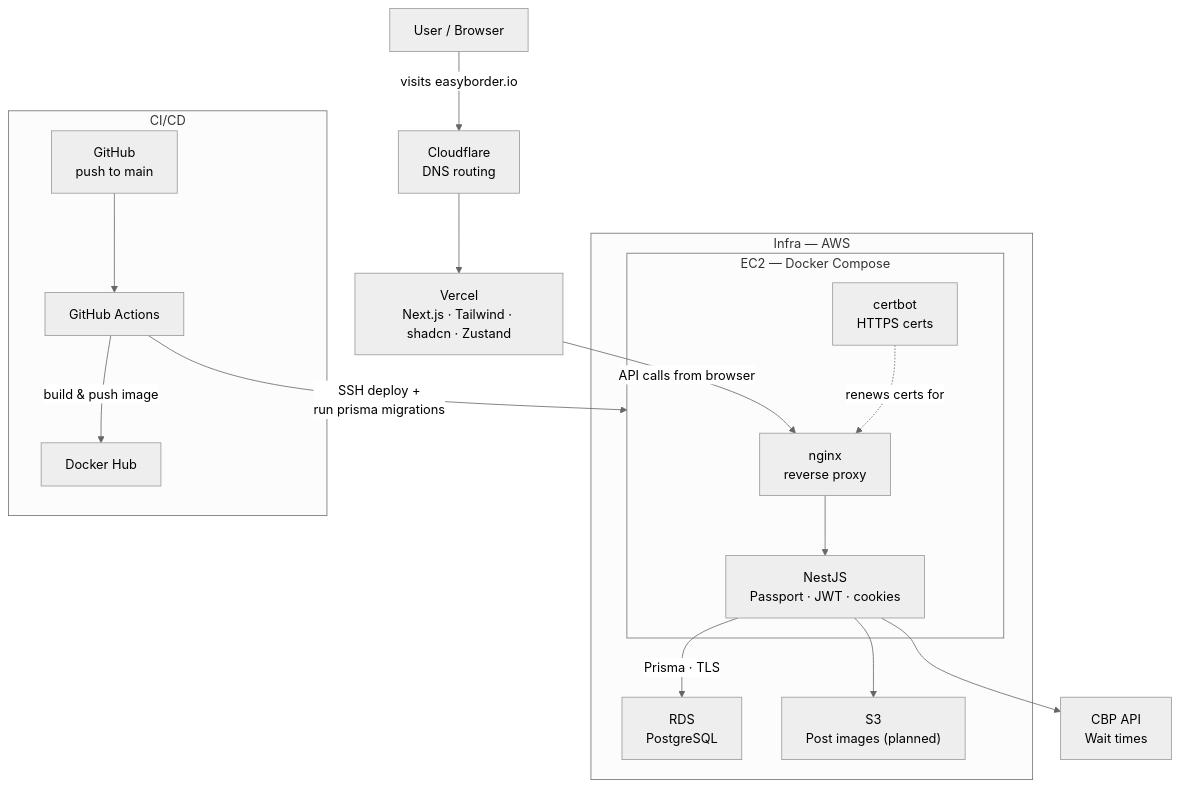
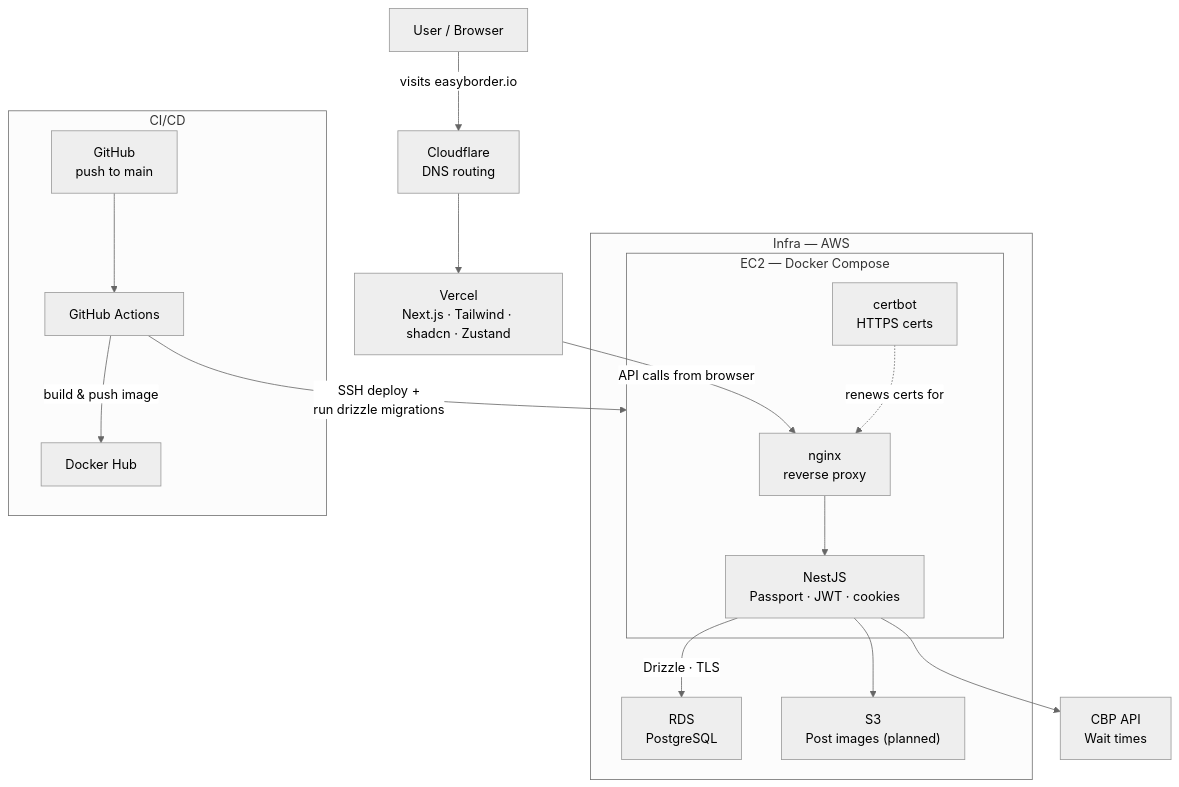
The diagram in README.md (mark-elias/easyborder-backend), drawn with Mermaid (neutral theme) before and after one commit. The commit also changed other lines of this file, not shown here.

````diff
--- a/README.md
+++ b/README.md
@@ -46,31 +46,31 @@
 ```mermaid
 flowchart TD
     User["User / Browser"] -->|"visits easyborder.io"| CF["Cloudflare<br/>DNS routing"]
     CF --> Vercel["Vercel<br/>Next.js · Tailwind · shadcn · Zustand"]
     Vercel -->|"API calls from browser"| Nginx
 
     subgraph Infra["Infra — AWS"]
         subgraph EC2["EC2 — Docker Compose"]
             Nginx["nginx<br/>reverse proxy"]
             Certbot["certbot<br/>HTTPS certs"]
             Backend["NestJS<br/>Passport · JWT · cookies"]
 
             Nginx --> Backend
             Certbot -.->|renews certs for| Nginx
         end
 
         RDS["RDS<br/>PostgreSQL"]
         S3["S3<br/>Post images (planned)"]
 
-        Backend -->|"Prisma · TLS"| RDS
+        Backend -->|"Drizzle · TLS"| RDS
         Backend --> S3
     end
 
     Backend --> CBP["CBP API<br/>Wait times"]
 
     subgraph CICD["CI/CD"]
         GH["GitHub<br/>push to main"] --> GHA["GitHub Actions"]
         GHA -->|"build & push image"| DH["Docker Hub"]
-        GHA -->|"SSH deploy +<br/>run prisma migrations"| EC2
+        GHA -->|"SSH deploy +<br/>run drizzle migrations"| EC2
     end
 ```
````
